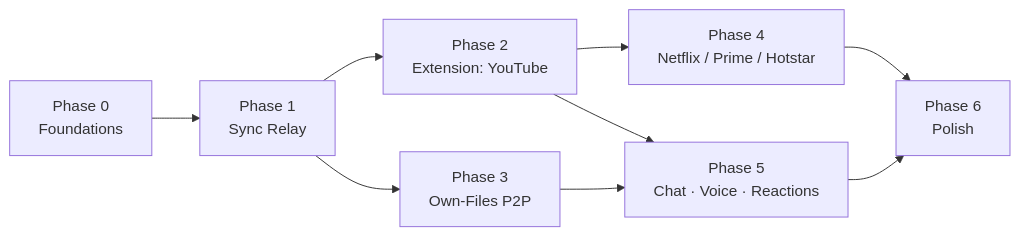
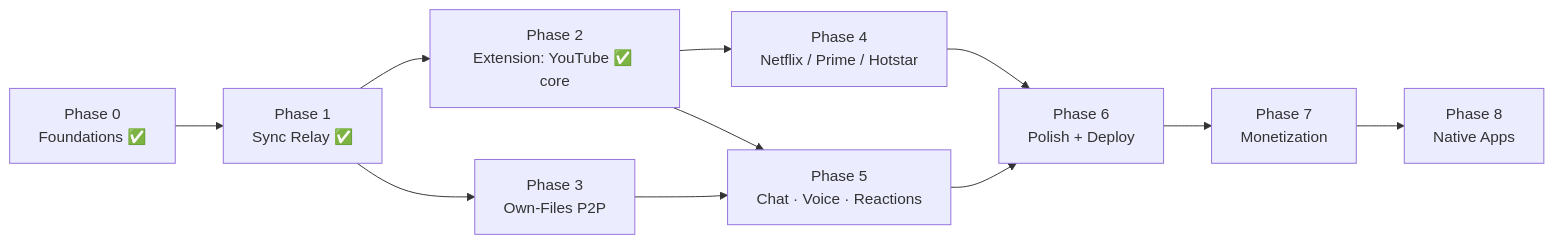
Before and after one commit to pradumya004/pawse: the diagram in ROADMAP.md, drawn with Mermaid. The commit also changed other lines of this file and 17 other files, not shown here.

First line of the commit message:
Phase 2: YouTube sync extension + robustness pass + monetization plan

````diff
--- a/ROADMAP.md
+++ b/ROADMAP.md
@@ -162,11 +193,13 @@
 ```mermaid
 graph LR
-    P0[Phase 0<br/>Foundations] --> P1[Phase 1<br/>Sync Relay]
-    P1 --> P2[Phase 2<br/>Extension: YouTube]
+    P0[Phase 0<br/>Foundations ✅] --> P1[Phase 1<br/>Sync Relay ✅]
+    P1 --> P2[Phase 2<br/>Extension: YouTube ✅ core]
     P1 --> P3[Phase 3<br/>Own-Files P2P]
     P2 --> P4[Phase 4<br/>Netflix / Prime / Hotstar]
     P2 --> P5[Phase 5<br/>Chat · Voice · Reactions]
     P3 --> P5
-    P4 --> P6[Phase 6<br/>Polish]
+    P4 --> P6[Phase 6<br/>Polish + Deploy]
     P5 --> P6
+    P6 --> P7[Phase 7<br/>Monetization]
+    P7 --> P8[Phase 8<br/>Native Apps]
 ```
````
